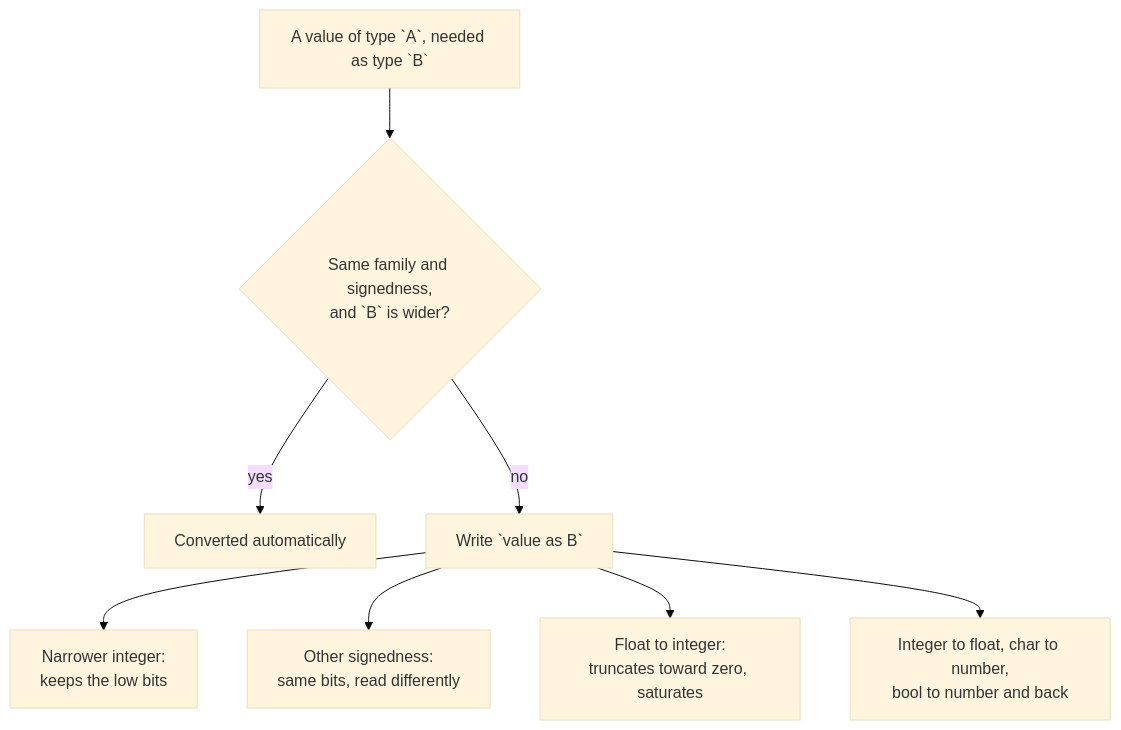
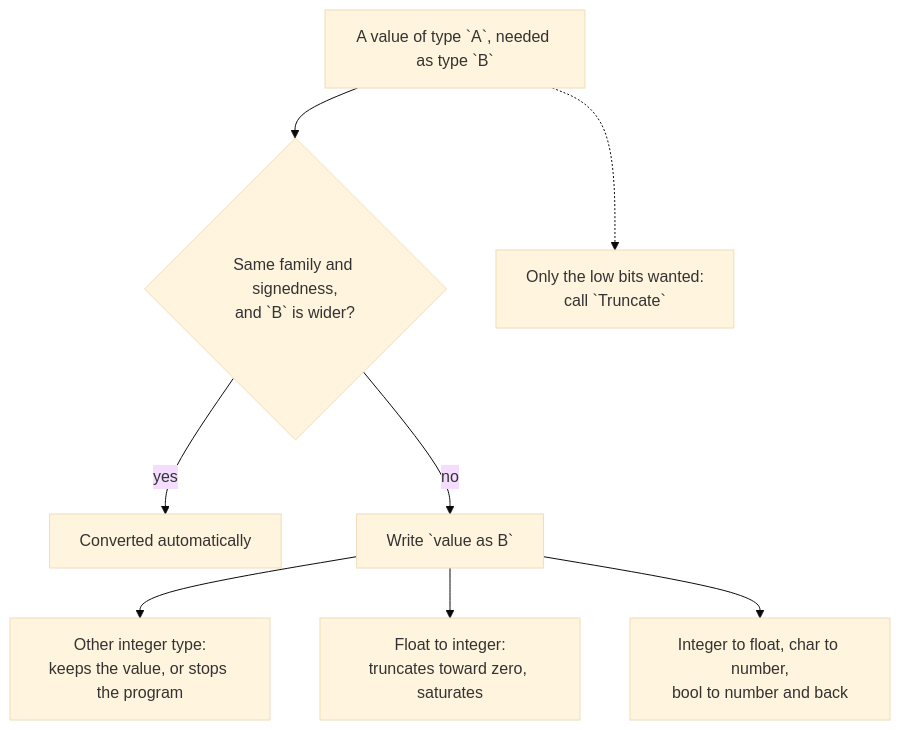
The diagram in content/docs/1.learn/01.basics/12.convert.md (rux-lang/Web), drawn with Mermaid (base theme) before and after one commit. The commit also changed other lines of this file and 736 other files, not shown here.

````diff
--- a/content/docs/1.learn/01.basics/12.convert.md
+++ b/content/docs/1.learn/01.basics/12.convert.md
@@ -36,10 +36,10 @@
 ```mermaid
 flowchart TD
     src["A value of type `A`, needed as type `B`"] --> w{"Same family and signedness,<br/>and `B` is wider?"}
     w -- "yes" --> auto["Converted automatically"]
     w -- "no" --> as["Write `value as B`"]
-    as --> n["Narrower integer:<br/>keeps the low bits"]
-    as --> s["Other signedness:<br/>same bits, read differently"]
+    as --> n["Other integer type:<br/>keeps the value, or stops the program"]
     as --> f2i["Float to integer:<br/>truncates toward zero, saturates"]
     as --> i2f["Integer to float, char to number,<br/>bool to number and back"]
+    src -.-> t["Only the low bits wanted:<br/>call `Truncate`"]
 ```
````
